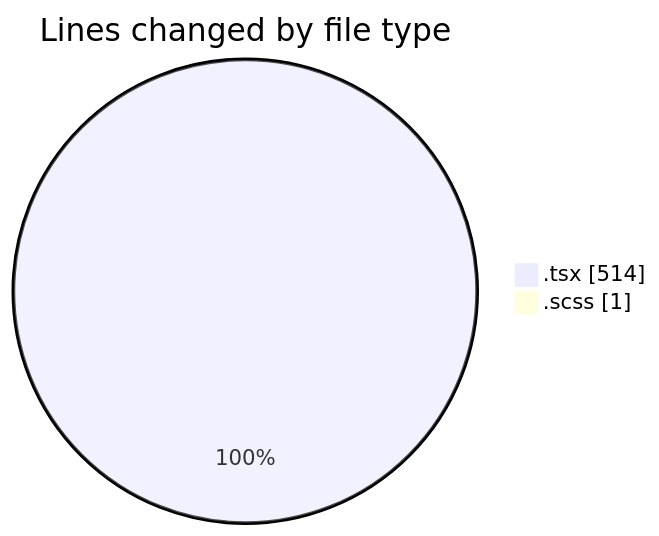
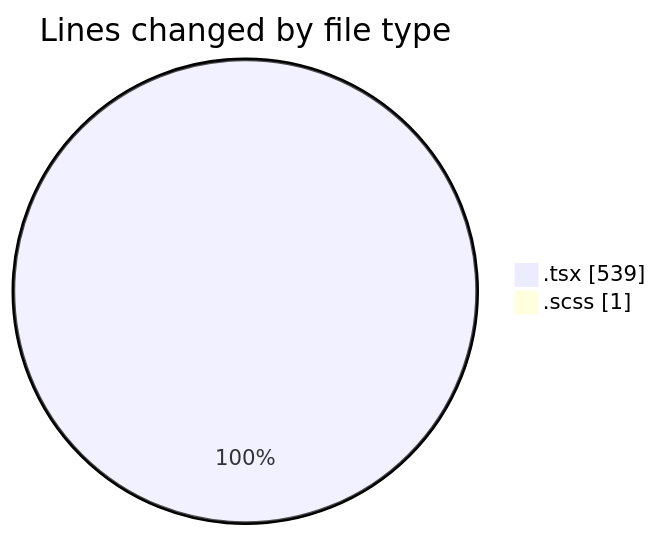
The first of 2 diagrams in 2025-03-19/cda/README.md (momahboobian/code-tracking), drawn with Mermaid before and after one commit. The commit also changed other lines of this file and 1 other file, not shown here.

````diff
--- a/2025-03-19/cda/README.md
+++ b/2025-03-19/cda/README.md
@@ -23,6 +23,6 @@
 ```mermaid
 pie showData
 title Lines changed by file type
-".tsx" : 514
+".tsx" : 539
 ".scss" : 1
 ```
````
